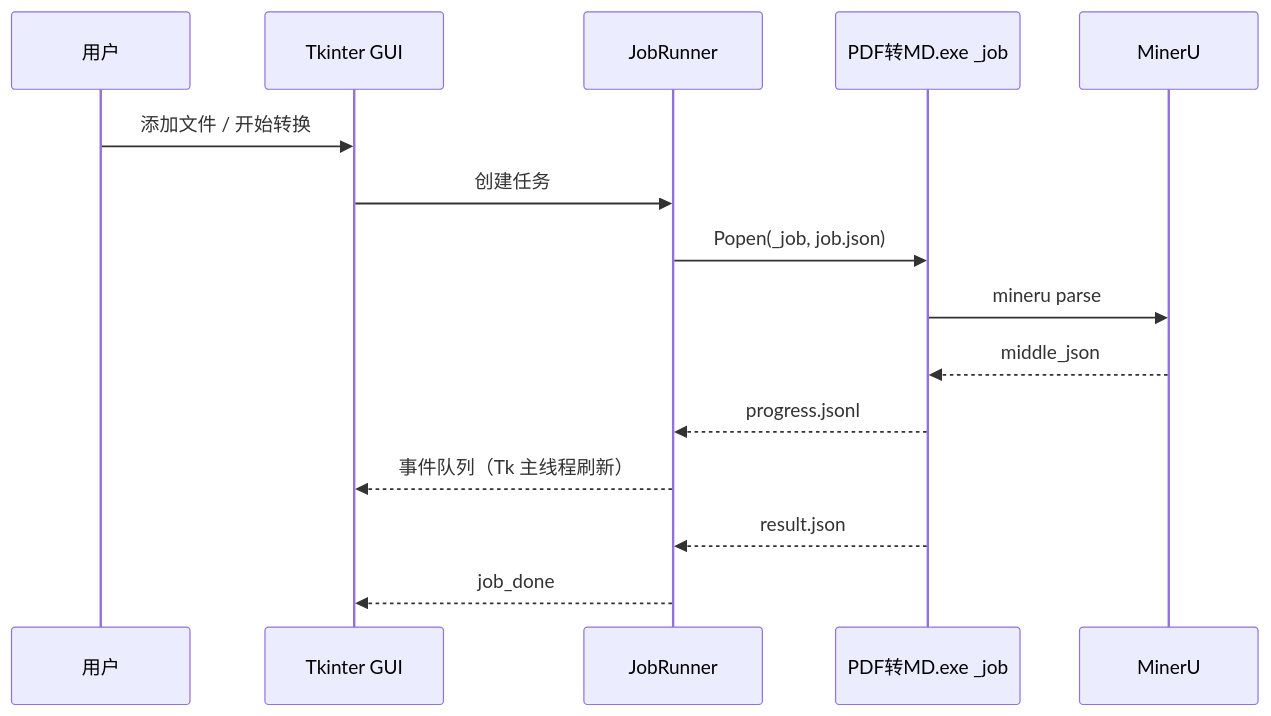
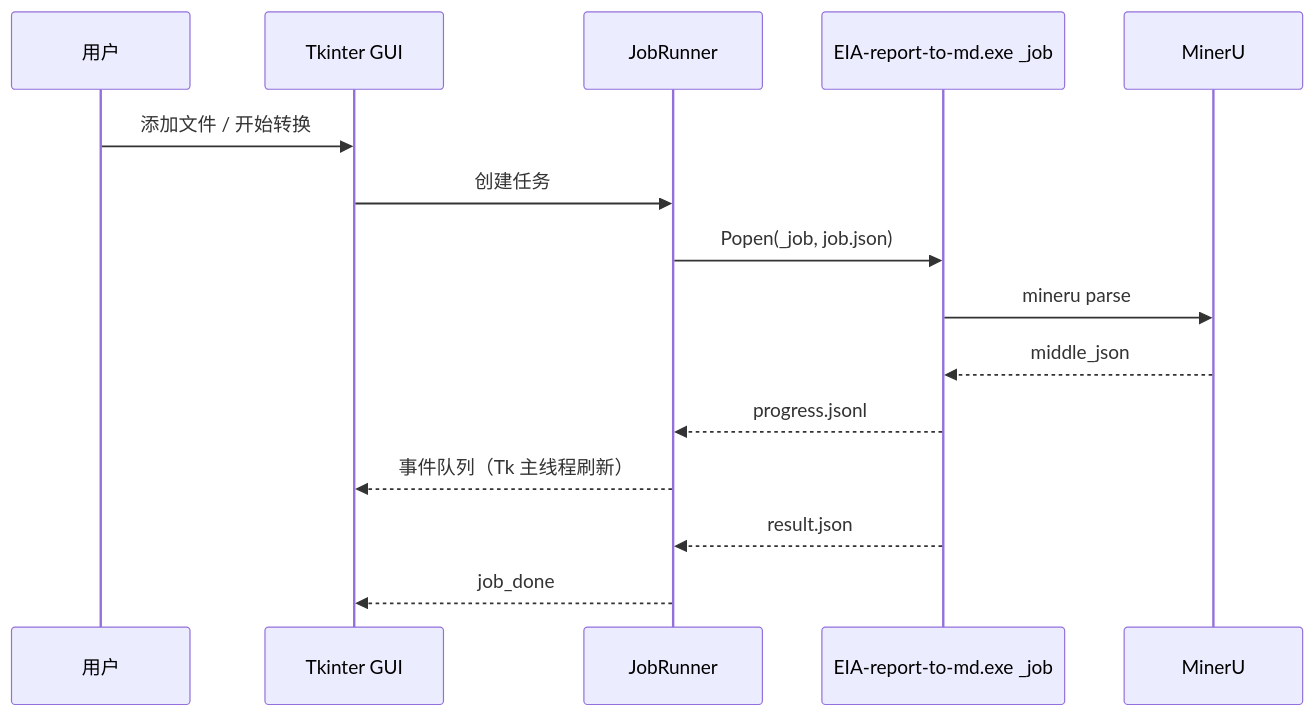
Before and after one commit to sheep-gy/pdf2md-eia: the fourth of 5 diagrams in docs/ARCHITECTURE.md, drawn with Mermaid. The commit also changed other lines of this file and 54 other files, not shown here.

Commit message:
feat: rename to EIA report to md, add declaration and Windows release

````diff
--- a/docs/ARCHITECTURE.md
+++ b/docs/ARCHITECTURE.md
@@ -194,17 +194,17 @@
 ```mermaid
 sequenceDiagram
     participant U as 用户
     participant G as Tkinter GUI
     participant R as JobRunner
-    participant C as PDF转MD.exe _job
+    participant C as EIA-report-to-md.exe _job
     participant M as MinerU
     U->>G: 添加文件 / 开始转换
     G->>R: 创建任务
     R->>C: Popen(_job, job.json)
     C->>M: mineru parse
     M-->>C: middle_json
     C-->>R: progress.jsonl
     R-->>G: 事件队列（Tk 主线程刷新）
     C-->>R: result.json
     R-->>G: job_done
 ```
````
